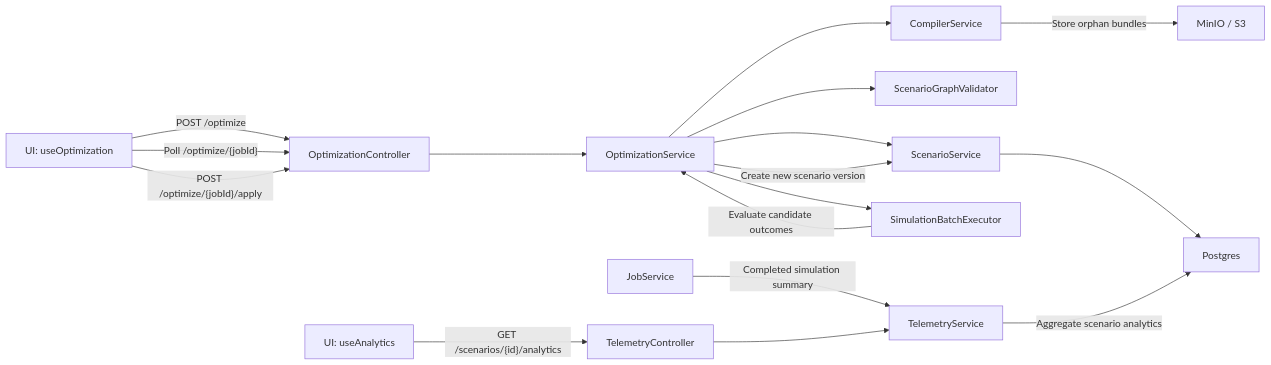
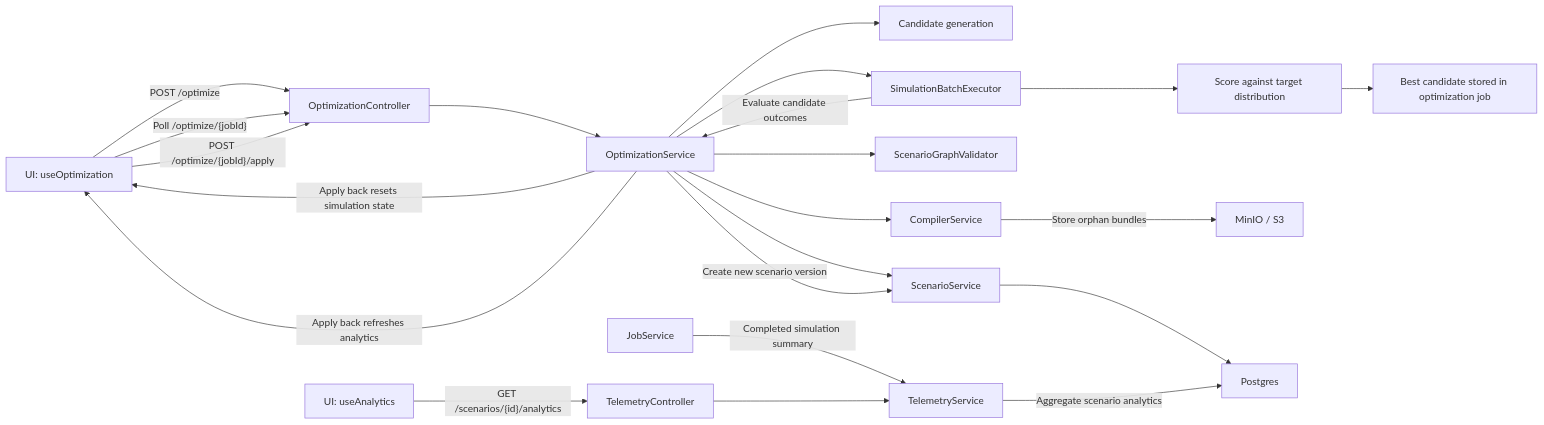
The fourth of 4 diagrams in docs/architecture/knowledge-graph.md (danagbemava/athanor), drawn with Mermaid before and after one commit. The commit also changed other lines of this file and 1 other file, not shown here.

Commit message:
Finalize knowledge graph details

````diff
--- a/docs/architecture/knowledge-graph.md
+++ b/docs/architecture/knowledge-graph.md
@@ -148,20 +172,25 @@
 ```mermaid
 flowchart LR
   UIOpt["UI: useOptimization"] -->|"POST /optimize"| OptController["OptimizationController"]
   OptController --> OptService["OptimizationService"]
+  OptService --> Candidate["Candidate generation"]
   OptService --> Scenario["ScenarioService"]
   OptService --> Validator["ScenarioGraphValidator"]
   OptService --> Compiler["CompilerService"]
   OptService --> Executor["SimulationBatchExecutor"]
+  Executor --> Score["Score against target distribution"]
+  Score --> Best["Best candidate stored in optimization job"]
   Compiler -->|"Store orphan bundles"| MinIO["MinIO / S3"]
   Executor -->|"Evaluate candidate outcomes"| OptService
   UIOpt -->|"Poll /optimize/{jobId}"| OptController
   UIOpt -->|"POST /optimize/{jobId}/apply"| OptController
   OptService -->|"Create new scenario version"| Scenario
+  OptService -->|"Apply back resets simulation state"| UIOpt
+  OptService -->|"Apply back refreshes analytics"| UIOpt
   Scenario --> Postgres["Postgres"]
 
   Job["JobService"] -->|"Completed simulation summary"| Telemetry["TelemetryService"]
   Telemetry -->|"Aggregate scenario analytics"| Postgres
   UIAnalytics["UI: useAnalytics"] -->|"GET /scenarios/{id}/analytics"| TelemetryController["TelemetryController"]
   TelemetryController --> Telemetry
 ```
````
